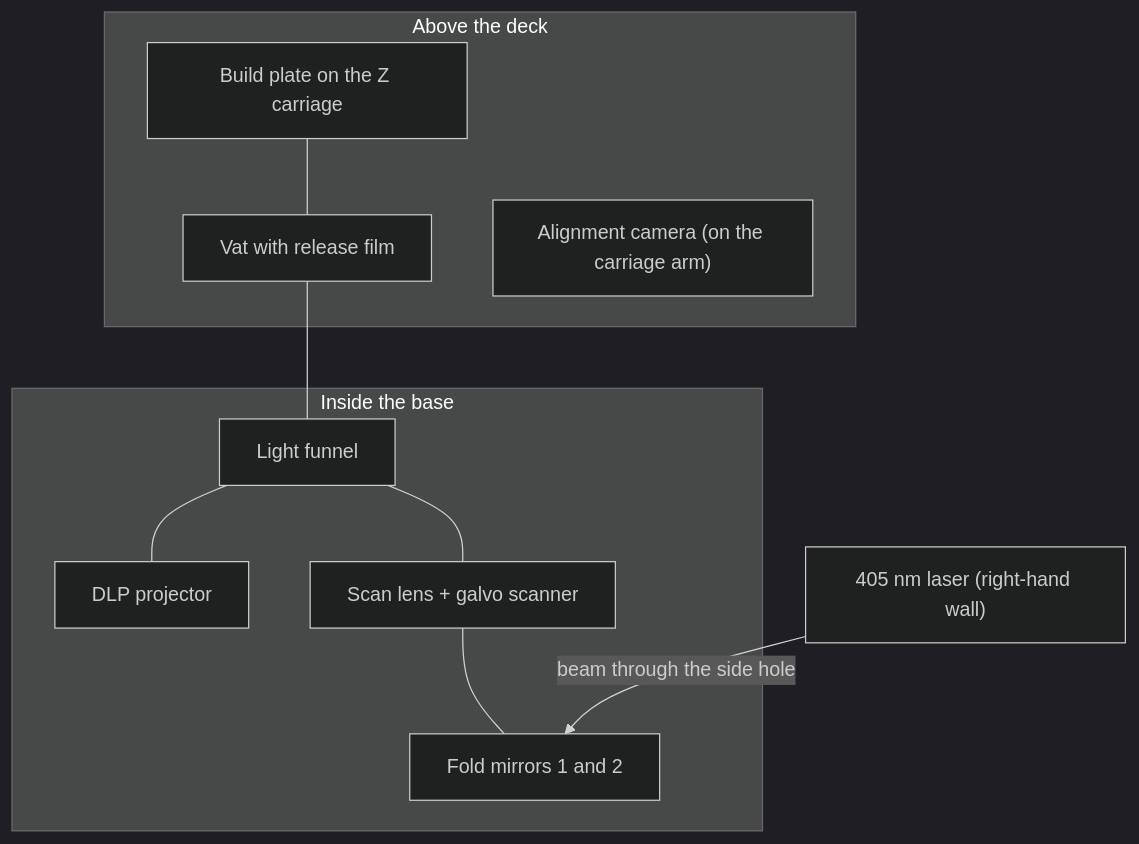
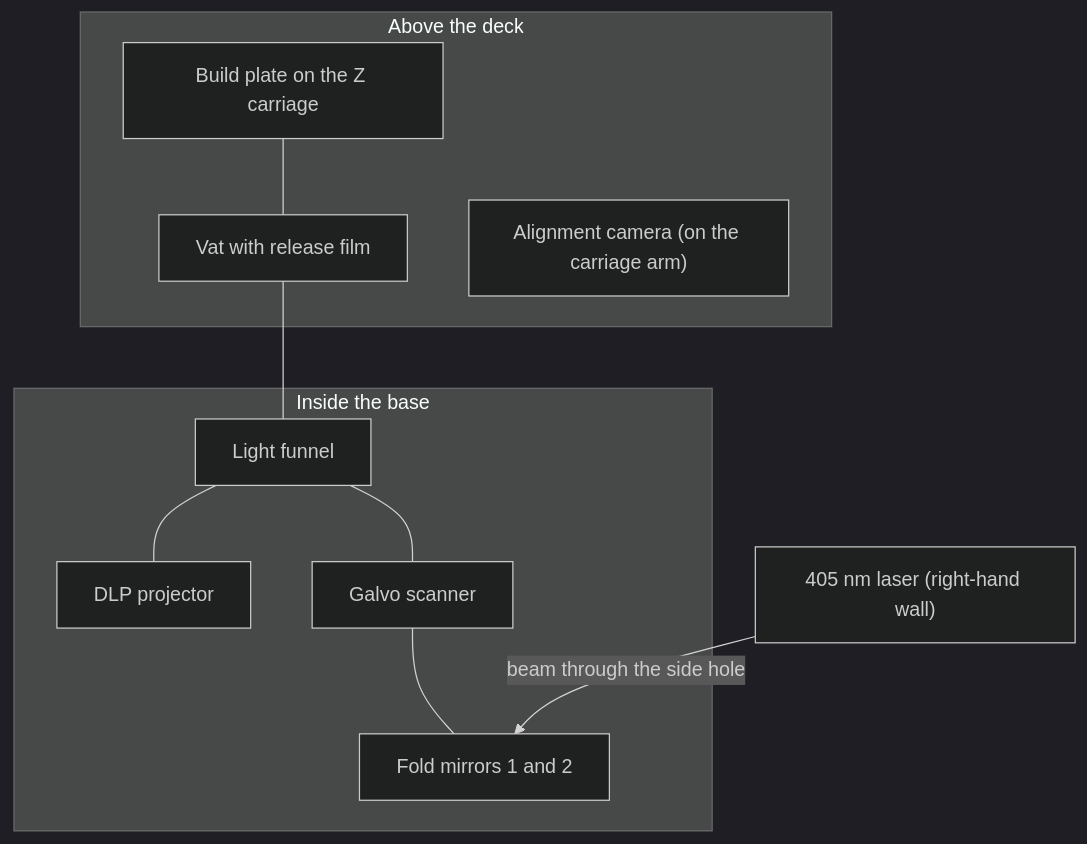
One commit to xmiao8/HybridMASC changed the diagram in docs/build/index.md. Above: the diagram before and after it, drawn with Mermaid (dark theme). The commit also changed other lines of this file and 3 other files, not shown here.

First line of the commit message:
Parts list: no scan lens; fold mirrors come from the donor Form 2

````diff
--- a/docs/build/index.md
+++ b/docs/build/index.md
@@ -24,14 +24,14 @@
 ```mermaid
 flowchart TB
     subgraph top["Above the deck"]
         P["Build plate on the Z carriage"] --- V["Vat with release film"]
         C["Alignment camera (on the carriage arm)"]
     end
     subgraph base["Inside the base"]
         F["Light funnel"] --- D["DLP projector"]
-        F --- S["Scan lens + galvo scanner"]
+        F --- S["Galvo scanner"]
         S --- M["Fold mirrors 1 and 2"]
     end
     V --- F
     L["405 nm laser (right-hand wall)"] -- "beam through the side hole" --> M
 ```
````
